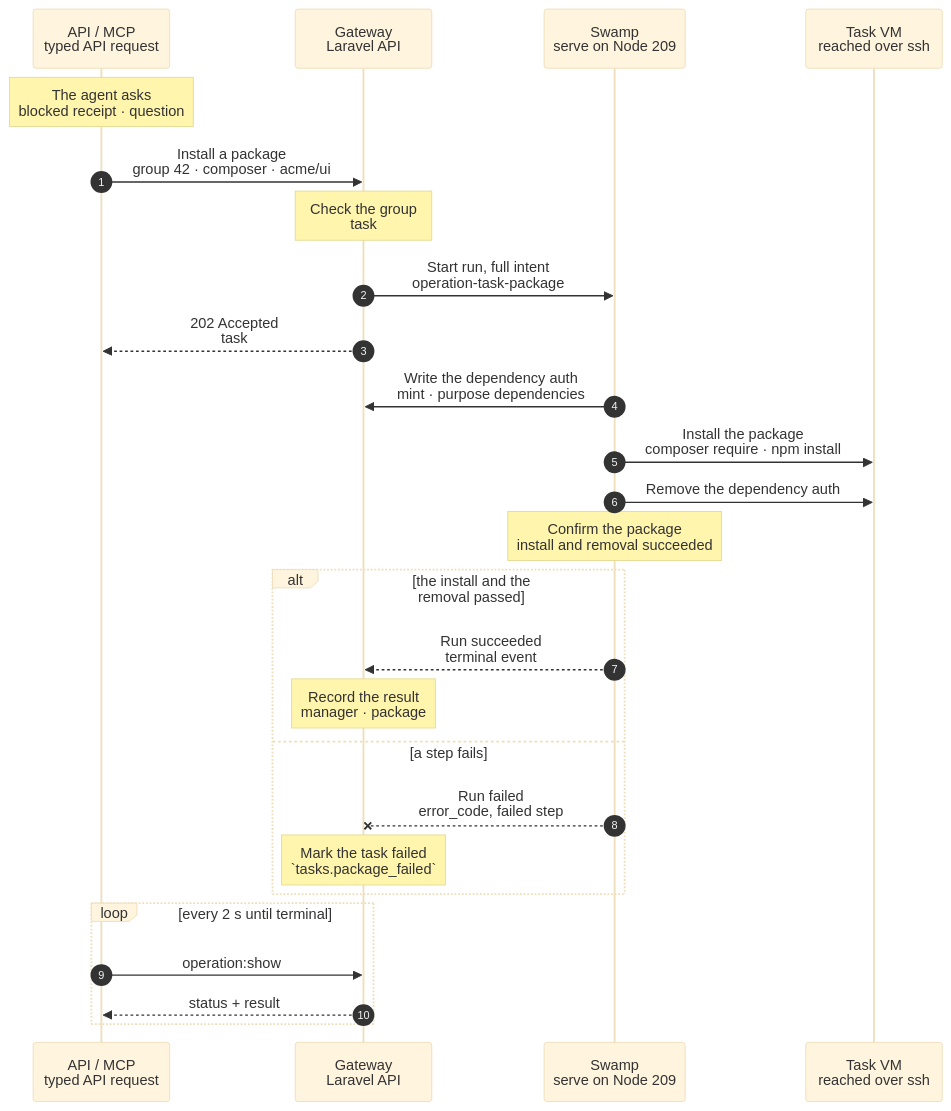
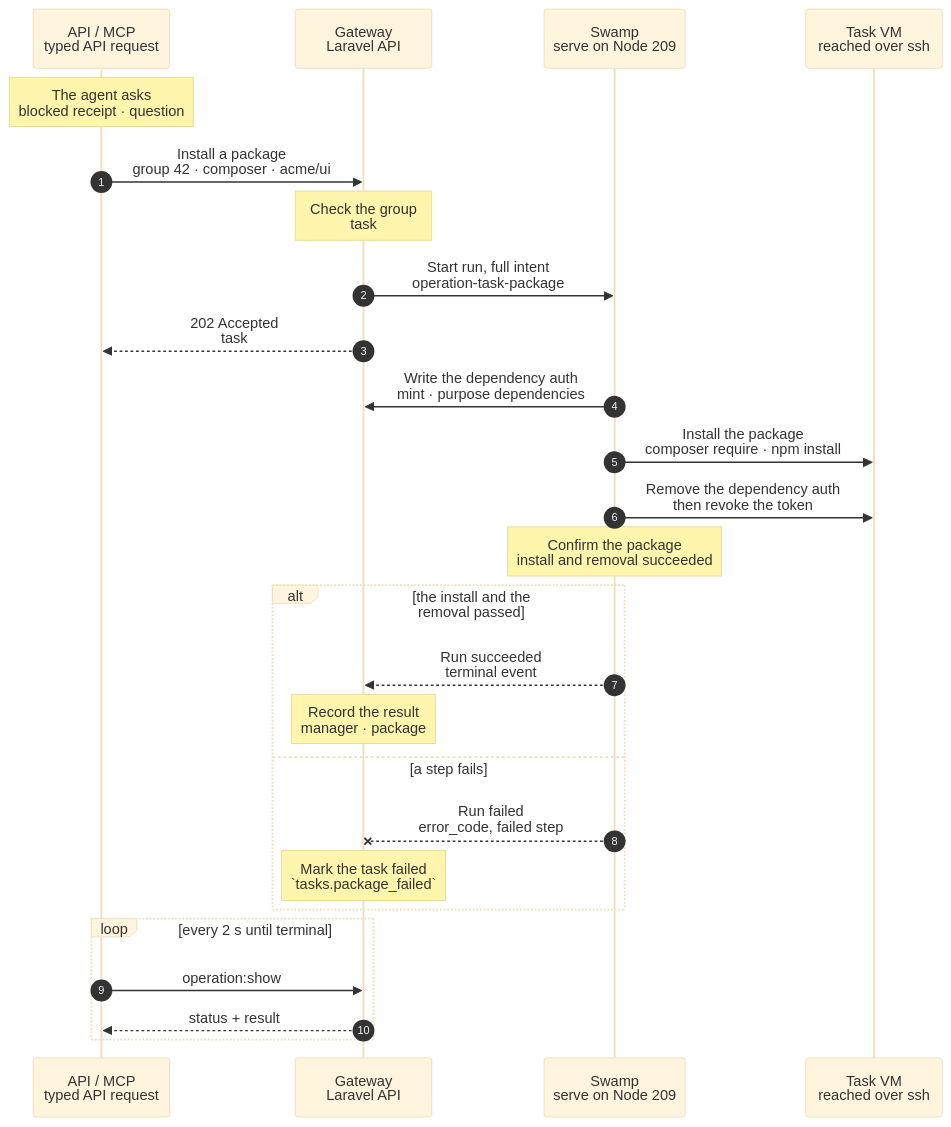
The diagram in docs/cli/tasks/package.mmd (hardimpactdev/orbit), drawn with Mermaid (base theme) before and after one commit. The commit also changed 4 other files, not shown here.

First line of the commit message:
Rebase #2926 on the http-basic reland: third vault key, revoke in the shared remove step

```diff
--- a/docs/cli/tasks/package.mmd
+++ b/docs/cli/tasks/package.mmd
@@ -1,63 +1,66 @@
 sequenceDiagram
   %% Target design: Nick 2026-11-06, "a new private package mid-task: the agent asks for it through assistance, and a step installs it". docs/reference/tasks.md#install-a-private-package.
   %% status: migrated
   %% command: none · API / MCP (tasks-package)
   %% kind: tasks.package
   autonumber
   %% lane CLI icon=terminal pill=caller tone=gray
   %% lane GW icon=gateway pill=intent tone=blue
   %% lane SW icon=workflow pill=executes tone=green
   %% lane VM icon=terminal pill=target tone=amber
   participant CLI as API / MCP<br/>typed API request
   participant GW as Gateway<br/>Laravel API
   participant SW as Swamp<br/>serve on Node 209
   participant VM as Task VM<br/>reached over ssh
   Note over CLI: The agent asks<br/>blocked receipt · question
   %%> What it does:
   %%> - the agent of group 42 cannot resolve a private package; it ends its turn `blocked` with the package name as its question
   %%> - the Gateway shows the question as assistance on the subtask; nothing else happens
   %%> Who answers:
   %%> - the orchestrator, which decides that the package may be installed, then sends the request below
   CLI->>GW: Install a package<br/>group 42 · composer · acme/ui
   %%> Command:
   %%> - `POST /api/v1/task-groups/42/package` with `manager` (`composer` or `npm`), `package` and an `Idempotency-Key`
   %%> - syntax: the MCP tool `tasks-package` with `group`, `manager`, `package`
   Note over GW: Check the group<br/>task #5170 · key names
   %%> Requirements:
   %%> - your Node has an access grant to the Gateway
   %%> - group 42 is an open external group with its own task VM workspace
   %%> - the package is a name and an optional version constraint, never an option
   %%> - no other task runs on group 42; the Gateway holds one lock per group
   %%> What it does:
   %%> - records the manager, the package, the SSH target and the vault key names of the dependency configuration; it mints no token
   GW->>SW: Start run, full intent<br/>operation-task-package
   GW-->>CLI: 202 Accepted<br/>task #5170
   %%> Next:
   %%> - the caller follows the task with `operation:show`
   SW->>GW: Write the dependency auth<br/>mint · purpose dependencies
   %%> What it does:
   %%> - the shared child workflow asks the Gateway for a read token (`operation:direct:github-token`), then writes the Composer `auth.json` and the `.npmrc` of the task account on the VM, mode 0600
   %%> - the token is minted for this run only and expires within the hour
   SW->>VM: Install the package<br/>composer require · npm install
   %%> What it does:
   %%> - one official `@swamp/ssh exec` argument list in the checkout: `composer require --no-scripts` or `npm install --ignore-scripts`, with the package after `--`
   %%> - the package manager updates `composer.json` and its lock file, or `package.json` and its lock file, in the workspace; nothing is committed
-  SW->>VM: Remove the dependency auth
+  SW->>VM: Remove the dependency auth<br/>then revoke the token
   %%> When:
   %%> - always, after the install, on success and on failure; a failed removal fails the run
+  %%> What it does:
+  %%> - the shared child workflow deletes both files, then revokes the token (`DELETE installation/token`) so a command that echoed it holds a dead token
+  %%> - a failed revoke does not fail the run; the token expires within the hour
   Note over SW: Confirm the package<br/>install and removal succeeded
   alt the install and the removal passed
     SW-->>GW: Run succeeded<br/>terminal event
     Note over GW: Record the result<br/>manager · package
     %%> Result:
     %%> - task #5170 succeeds; the orchestrator resolves the assistance, and the agent gets a new turn with the package installed
   else a step fails
     SW--xGW: Run failed<br/>error_code, failed step
     Note over GW: Mark the task failed<br/>`tasks.package_failed`
     %%> Retry:
     %%> - a repeat with the same package writes the configuration again; a run cancelled before the removal leaves the files until the token expires or `tasks:cancel` removes the VM
   end
   loop every 2 s until terminal
     CLI->>GW: operation:show #5170
     GW-->>CLI: status + result
   end
```
